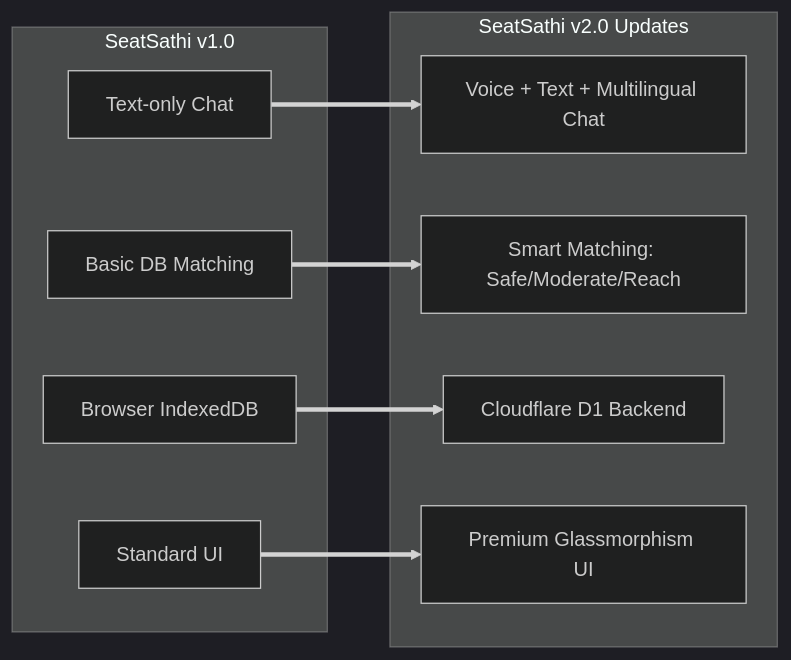
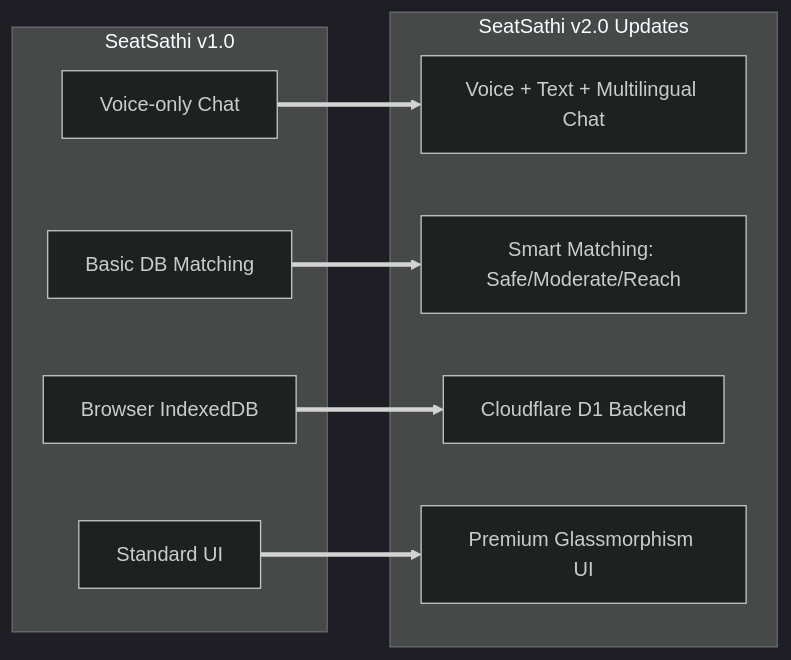
Before and after one commit to shreeyadav06/SeatSathi: the first of 3 diagrams in README.md, drawn with Mermaid (dark theme). The commit also changed other lines of this file, not shown here.

Commit message:
docs: correct v1 feature from text-only to voice-only

````diff
--- a/README.md
+++ b/README.md
@@ -37,21 +37,21 @@
 ```mermaid
 graph LR
     subgraph v1.0 [SeatSathi v1.0]
-        A1[Text-only Chat]
+        A1[Voice-only Chat]
         A2[Basic DB Matching]
         A3[Browser IndexedDB]
         A4[Standard UI]
     end
     
     subgraph v2.0 [SeatSathi v2.0 Updates]
         B1[Voice + Text + Multilingual Chat]
         B2[Smart Matching: Safe/Moderate/Reach]
         B3[Cloudflare D1 Backend]
         B4[Premium Glassmorphism UI]
     end
     
     A1 ==> B1
     A2 ==> B2
     A3 ==> B3
     A4 ==> B4
 ```
````
